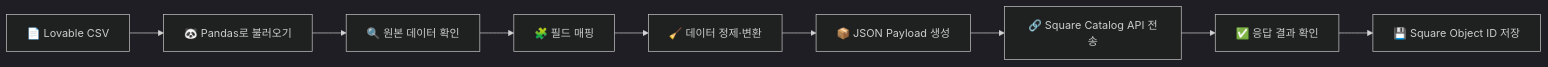
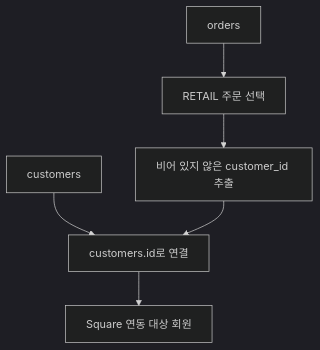
The diagram in docs/entity_mapping.md (smmhk/chocolate-commerce-data-platform), drawn with Mermaid (dark theme) before and after one commit. The commit also changed other lines of this file and 6 other files, not shown here.

````diff
--- a/docs/entity_mapping.md
+++ b/docs/entity_mapping.md
@@ -26,11 +239,8 @@
 ```mermaid
-flowchart LR
-    A["📄 Lovable CSV"] --> B["🐼 Pandas로 불러오기"]
-    B --> C["🔍 원본 데이터 확인"]
-    C --> D["🧩 필드 매핑"]
-    D --> E["🧹 데이터 정제·변환"]
-    E --> F["📦 JSON Payload 생성"]
-    F --> G["🔗 Square Catalog API 전송"]
-    G --> H["✅ 응답 결과 확인"]
-    H --> I["💾 Square Object ID 저장"]
+flowchart TD
+    A["orders"] --> B["RETAIL 주문 선택"]
+    B --> C["비어 있지 않은 customer_id 추출"]
+    D["customers"] --> E["customers.id로 연결"]
+    C --> E
+    E --> F["Square 연동 대상 회원"]
 ```
````
